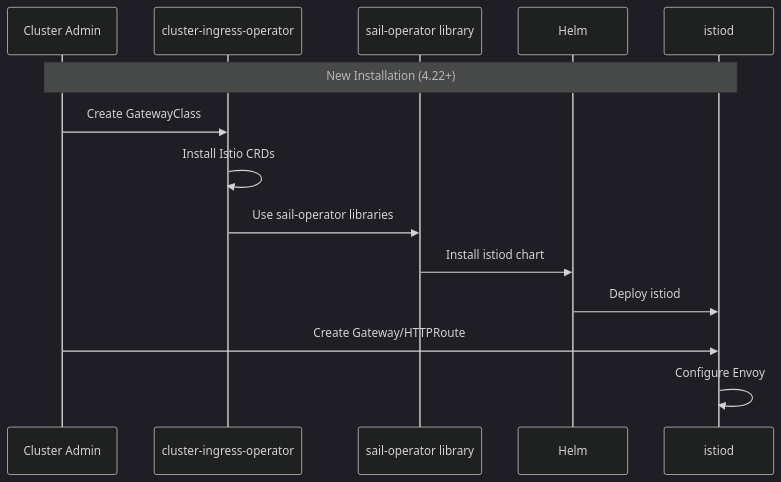
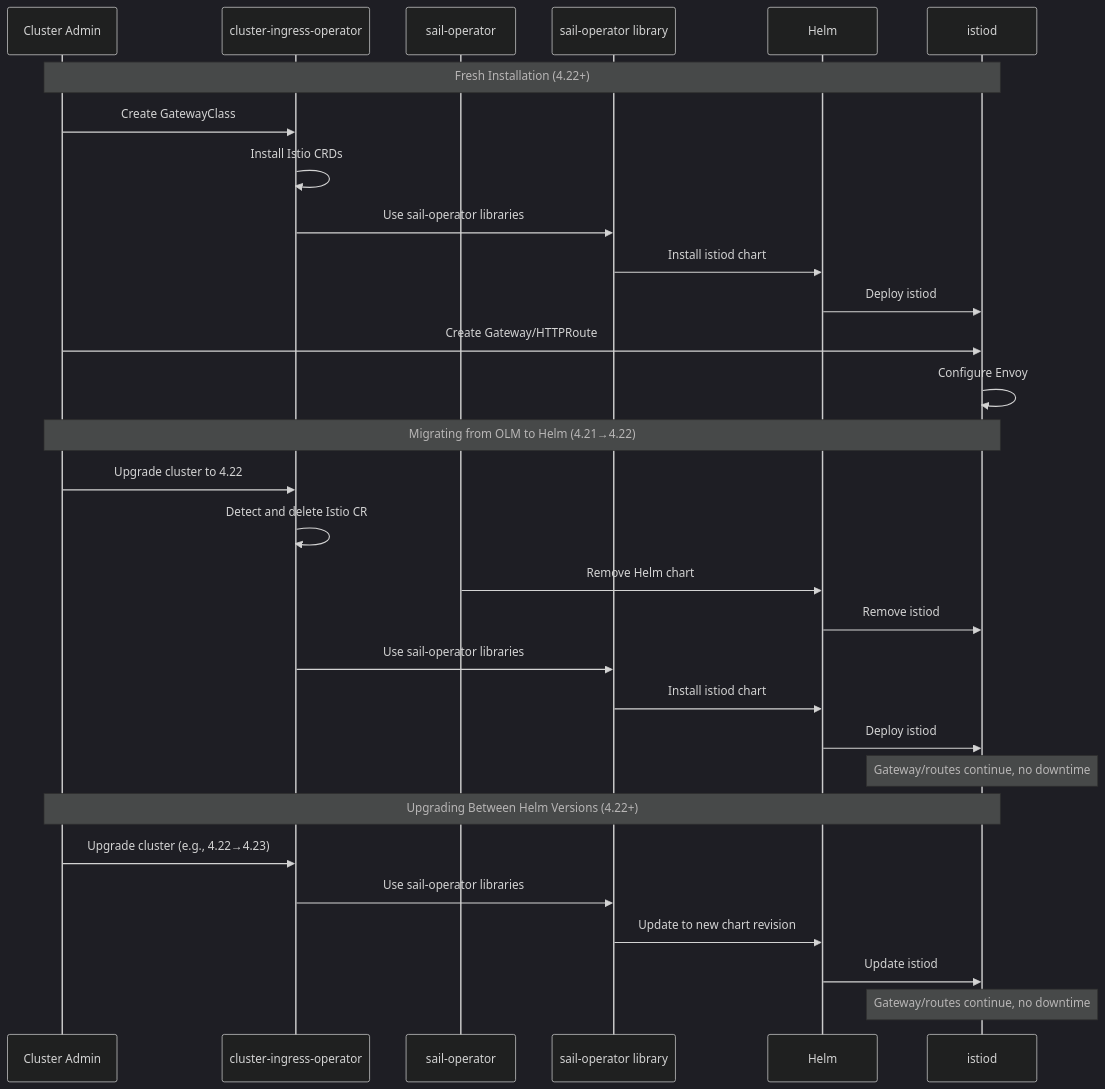
One commit to openshift/enhancements changed the diagram in enhancements/ingress/gateway-api-without-olm.md. Above: the diagram before and after it, drawn with Mermaid (dark theme). The commit also changed other lines of this file, not shown here.

First line of the commit message:
NE-2470: Gateway API without OLM

````diff
--- a/enhancements/ingress/gateway-api-without-olm.md
+++ b/enhancements/ingress/gateway-api-without-olm.md
@@ -137,17 +170,35 @@
 ```mermaid
 sequenceDiagram
     participant Admin as Cluster Admin
     participant CIO as cluster-ingress-operator
+    participant SO as sail-operator
     participant Sail as sail-operator library
     participant Helm as Helm
     participant Istiod as istiod
 
-    Note over Admin,Istiod: New Installation (4.22+)
+    Note over Admin,Istiod: Fresh Installation (4.22+)
     Admin->>CIO: Create GatewayClass
     CIO->>CIO: Install Istio CRDs
     CIO->>Sail: Use sail-operator libraries
     Sail->>Helm: Install istiod chart
     Helm->>Istiod: Deploy istiod
     Admin->>Istiod: Create Gateway/HTTPRoute
     Istiod->>Istiod: Configure Envoy
+
+    Note over Admin,Istiod: Migrating from OLM to Helm (4.21→4.22)
+    Admin->>CIO: Upgrade cluster to 4.22
+    CIO->>CIO: Detect and delete Istio CR
+    SO->>Helm: Remove Helm chart
+    Helm->>Istiod: Remove istiod
+    CIO->>Sail: Use sail-operator libraries
+    Sail->>Helm: Install istiod chart
+    Helm->>Istiod: Deploy istiod
+    Note over Istiod: Gateway/routes continue, no downtime
+
+    Note over Admin,Istiod: Upgrading Between Helm Versions (4.22+)
+    Admin->>CIO: Upgrade cluster (e.g., 4.22→4.23)
+    CIO->>Sail: Use sail-operator libraries
+    Sail->>Helm: Update to new chart revision
+    Helm->>Istiod: Update istiod
+    Note over Istiod: Gateway/routes continue, no downtime
 ```
````
